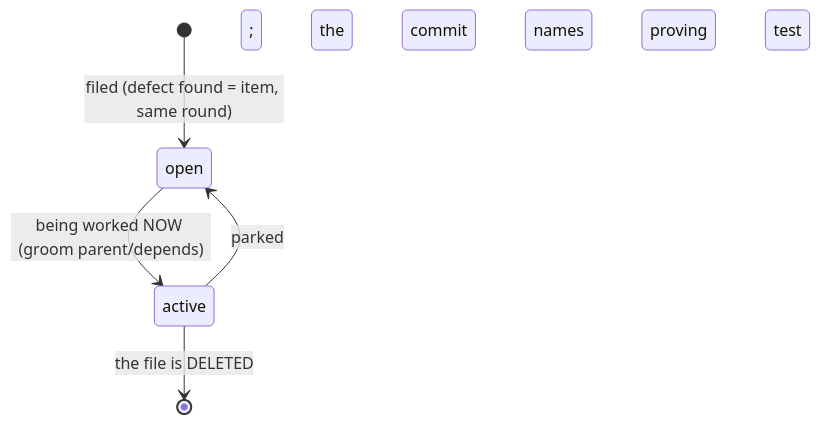
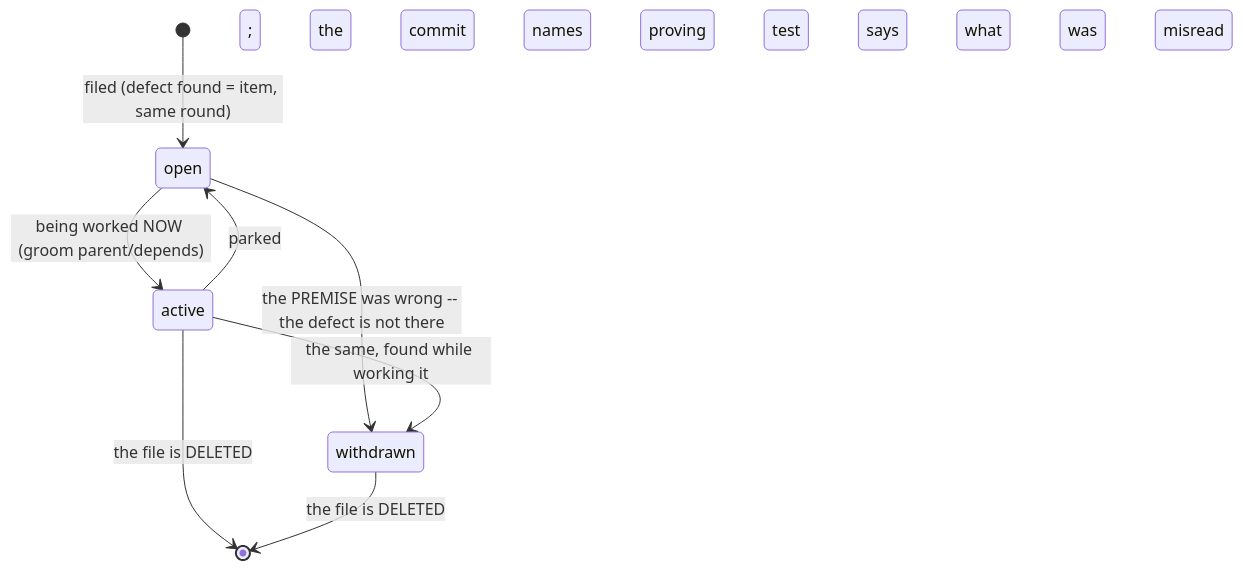
The seventh of 8 diagrams in CLAUDE.md (Weichwolf/outshine), drawn with Mermaid before and after one commit. The commit also changed other lines of this file and 2 other files, not shown here.

First line of the commit message:
board:1970 withdrawn, and the board learns the word

````diff
--- a/CLAUDE.md
+++ b/CLAUDE.md
@@ -339,7 +339,10 @@
 ```mermaid
 stateDiagram-v2
   [*] --> open : filed (defect found = item, same round)
   open --> active : being worked NOW (groom parent/depends)
   active --> [*] : the file is DELETED; the commit names the proving test
   active --> open : parked
+  open --> withdrawn : the PREMISE was wrong -- the defect is not there
+  active --> withdrawn : the same, found while working it
+  withdrawn --> [*] : the file is DELETED; the commit says what was misread
 ```
````
